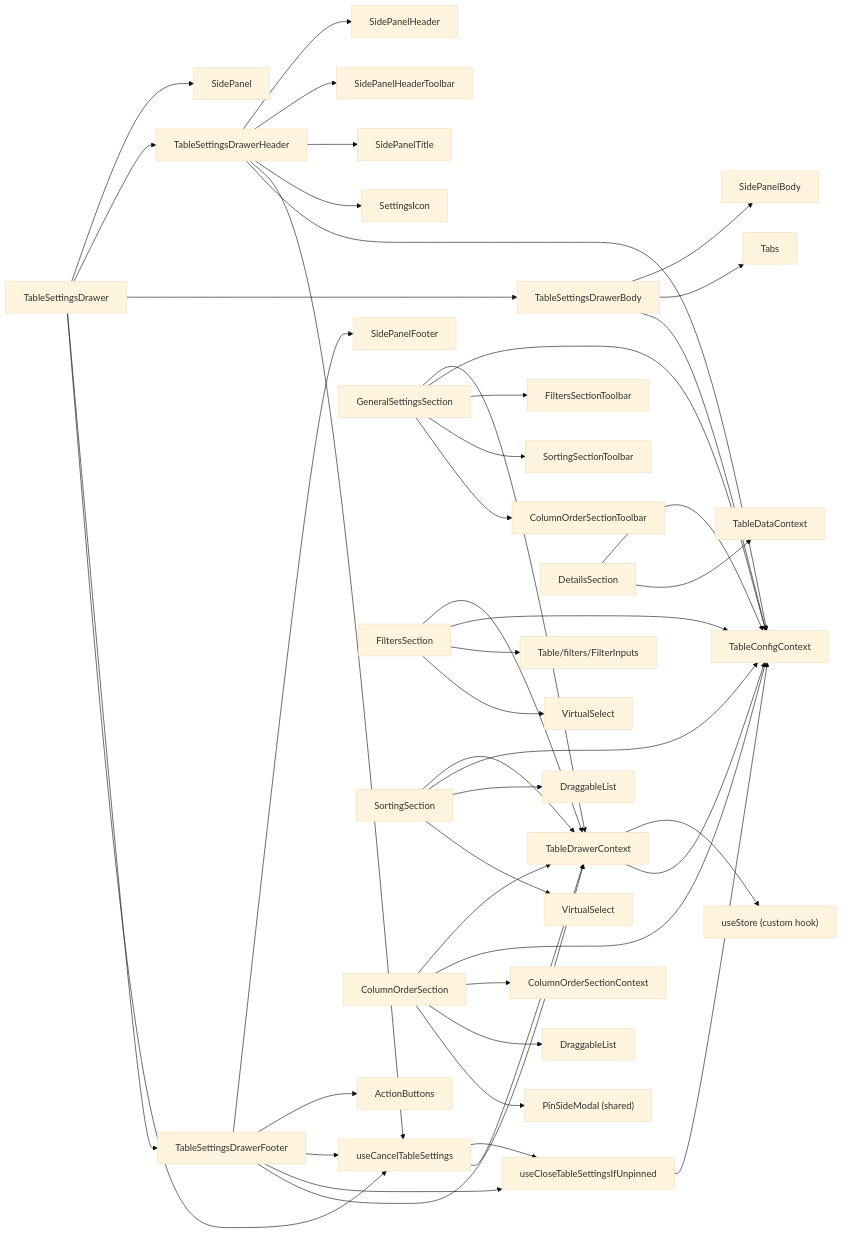
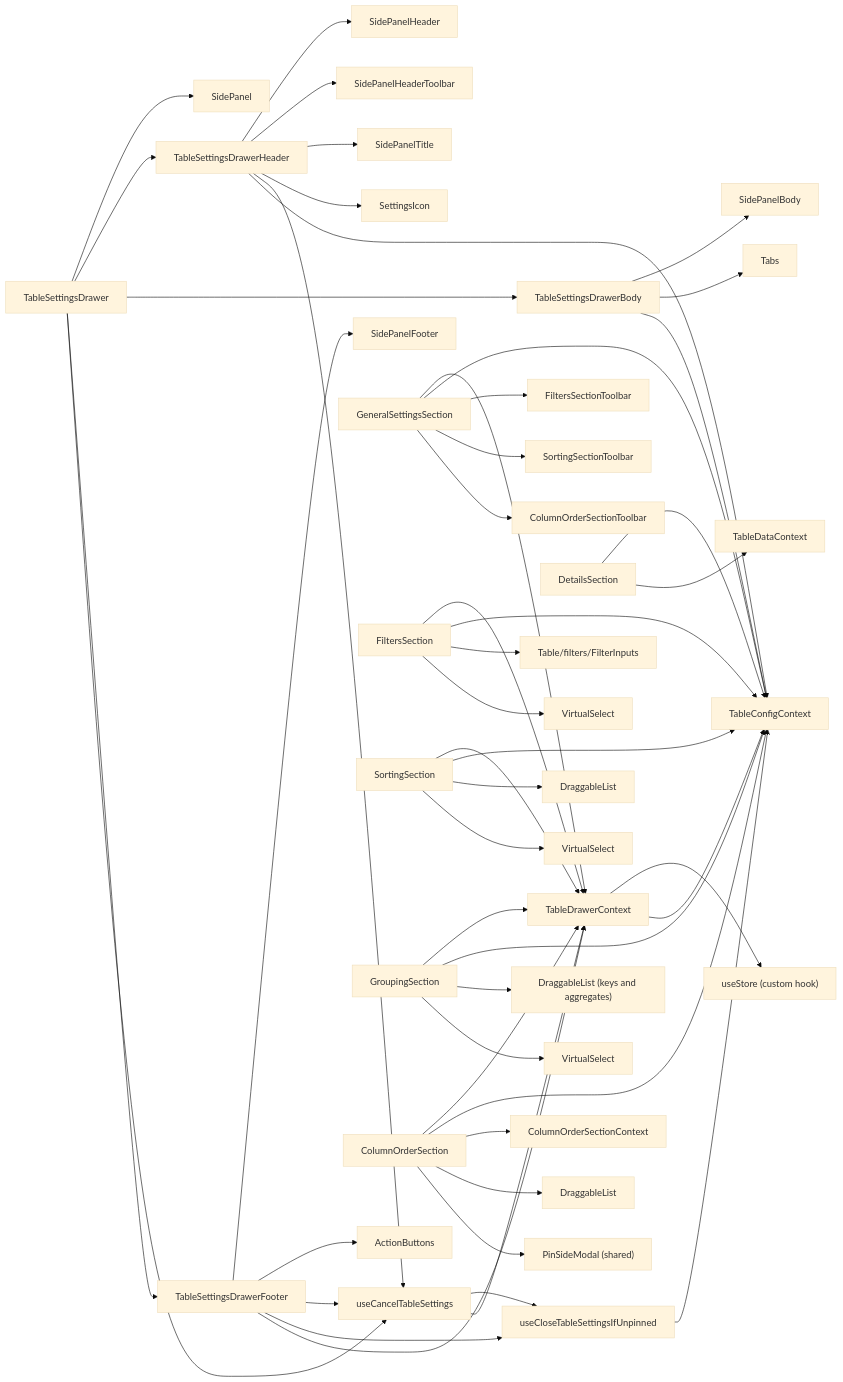
The first of 3 diagrams in packages/ui/src/components/Table/TableSettingsDrawer/ARCHITECTURE.md (luciocabrera/lcabrera-stack), drawn with Mermaid (base theme) before and after one commit. The commit also changed other lines of this file and 22 other files, not shown here.

````diff
--- a/packages/ui/src/components/Table/TableSettingsDrawer/ARCHITECTURE.md
+++ b/packages/ui/src/components/Table/TableSettingsDrawer/ARCHITECTURE.md
@@ -128,57 +129,62 @@
 ```mermaid
 graph LR
   TSD["TableSettingsDrawer"] --> SidePanel
   TSD --> TSDHeader["TableSettingsDrawerHeader"]
   TSD --> TSDBody["TableSettingsDrawerBody"]
   TSD --> TSDFooter["TableSettingsDrawerFooter"]
   TSD --> CancelHook["useCancelTableSettings"]
 
   TSDHeader --> SidePanelHeader
   TSDHeader --> SidePanelHeaderToolbar
   TSDHeader --> SidePanelTitle
   TSDHeader --> SettingsIcon
   TSDHeader --> CancelHook
   TSDHeader --> TableConfigContext
 
   TSDBody --> SidePanelBody
   TSDBody --> Tabs
   TSDBody --> TableConfigContext
 
   TSDFooter --> SidePanelFooter
   TSDFooter --> ActionButtons
   TSDFooter --> CancelHook
   TSDFooter --> CloseHook["useCloseTableSettingsIfUnpinned"]
   TSDFooter --> TableDrawerContext
 
   CancelHook --> CloseHook
   CancelHook --> TableDrawerContext
   CloseHook --> TableConfigContext
 
   TableDrawerContext --> useStore["useStore (custom hook)"]
   TableDrawerContext --> TableConfigContext
 
   GeneralSettingsSection --> TableDrawerContext
   GeneralSettingsSection --> TableConfigContext
   GeneralSettingsSection --> FiltersSectionToolbar
   GeneralSettingsSection --> SortingSectionToolbar
   GeneralSettingsSection --> ColumnOrderSectionToolbar
 
   DetailsSection --> TableConfigContext
   DetailsSection --> TableDataContext
 
   FiltersSection --> TableDrawerContext
   FiltersSection --> TableConfigContext
   FiltersSection --> FilterInputs["Table/filters/FilterInputs"]
   FiltersSection --> VirtualSelect
 
   SortingSection --> TableDrawerContext
   SortingSection --> TableConfigContext
   SortingSection --> DraggableList
   SortingSection --> VirtualSelect2["VirtualSelect"]
 
+  GroupingSection --> TableDrawerContext
+  GroupingSection --> TableConfigContext
+  GroupingSection --> DraggableList3["DraggableList (keys and aggregates)"]
+  GroupingSection --> VirtualSelect3["VirtualSelect"]
+
   ColumnOrderSection --> TableDrawerContext
   ColumnOrderSection --> TableConfigContext
   ColumnOrderSection --> ColumnOrderSectionContext
   ColumnOrderSection --> DraggableList2["DraggableList"]
   ColumnOrderSection --> PinSideModal["PinSideModal (shared)"]
 ```
````
